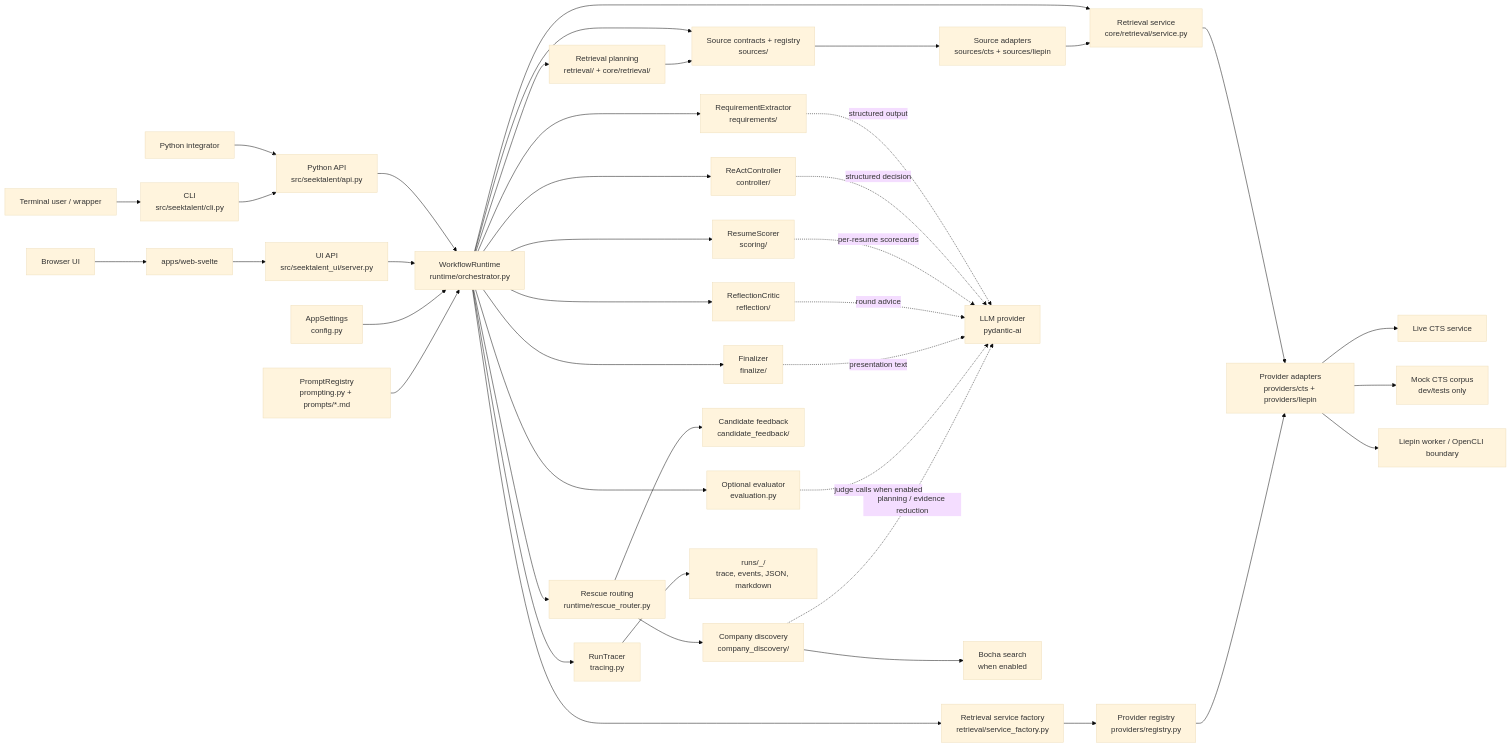
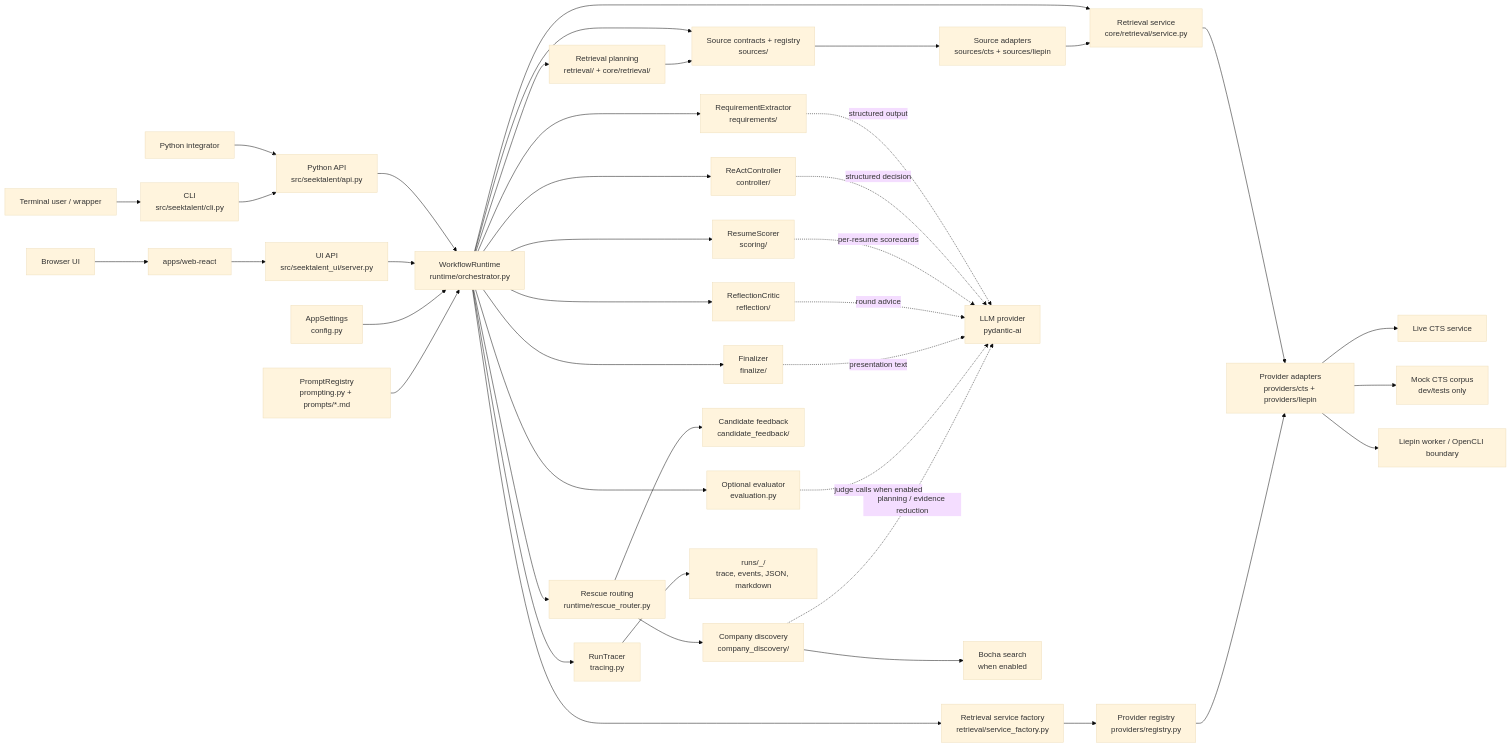
Before and after one commit to FrankQDWang/SeekTalent: the first of 2 diagrams in docs/architecture.md, drawn with Mermaid (base theme). The commit also changed other lines of this file and 459 other files, not shown here.

````diff
--- a/docs/architecture.md
+++ b/docs/architecture.md
@@ -18,51 +18,51 @@
 ```mermaid
 flowchart LR
     user["Terminal user / wrapper"] --> cli["CLI\nsrc/seektalent/cli.py"]
     wrapper["Python integrator"] --> api["Python API\nsrc/seektalent/api.py"]
-    browser["Browser UI"] --> webapp["apps/web-svelte"]
+    browser["Browser UI"] --> webapp["apps/web-react"]
     webapp --> uiapi["UI API\nsrc/seektalent_ui/server.py"]
 
     cli --> api
     api --> runtime["WorkflowRuntime\nruntime/orchestrator.py"]
     uiapi --> runtime
 
     config["AppSettings\nconfig.py"] --> runtime
     prompts["PromptRegistry\nprompting.py + prompts/*.md"] --> runtime
 
     runtime --> req["RequirementExtractor\nrequirements/"]
     runtime --> controller["ReActController\ncontroller/"]
     runtime --> source_contracts["Source contracts + registry\nsources/"]
     runtime --> retrieval["Retrieval planning\nretrieval/ + core/retrieval/"]
     runtime --> rescue["Rescue routing\nruntime/rescue_router.py"]
     runtime --> service_factory["Retrieval service factory\nretrieval/service_factory.py"]
     runtime --> service["Retrieval service\ncore/retrieval/service.py"]
     source_contracts --> source_adapters["Source adapters\nsources/cts + sources/liepin"]
     service_factory --> registry["Provider registry\nproviders/registry.py"]
     service --> adapter["Provider adapters\nproviders/cts + providers/liepin"]
     runtime --> scoring["ResumeScorer\nscoring/"]
     runtime --> reflection["ReflectionCritic\nreflection/"]
     runtime --> finalizer["Finalizer\nfinalize/"]
     runtime --> eval["Optional evaluator\nevaluation.py"]
     runtime --> tracer["RunTracer\ntracing.py"]
 
     req -. "structured output" .-> llm["LLM provider\npydantic-ai"]
     controller -. "structured decision" .-> llm
     scoring -. "per-resume scorecards" .-> llm
     reflection -. "round advice" .-> llm
     finalizer -. "presentation text" .-> llm
     eval -. "judge calls when enabled" .-> llm
 
     retrieval --> source_contracts
     source_adapters --> service
     registry --> adapter
     adapter --> livects["Live CTS service"]
     adapter --> mockcts["Mock CTS corpus\ndev/tests only"]
     adapter --> liepinworker["Liepin worker / OpenCLI boundary"]
 
     rescue --> feedback["Candidate feedback\ncandidate_feedback/"]
     rescue --> discovery["Company discovery\ncompany_discovery/"]
     discovery --> bocha["Bocha search\nwhen enabled"]
     discovery -. "planning / evidence reduction" .-> llm
 
     tracer --> runs["runs/<timestamp>_<run_id>/\ntrace, events, JSON, markdown"]
 ```
````
